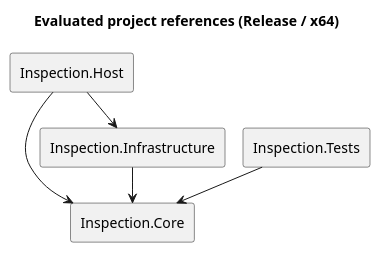
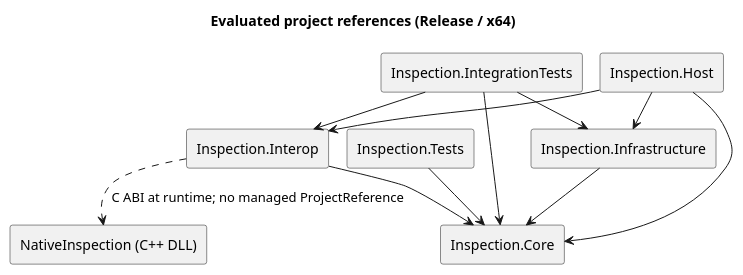
One commit to Myoungmin/CSharp-InspectionCore-Lab changed the diagram in docs/diagrams/dependencies.generated.puml. Above: the diagram before and after it, drawn with PlantUML. The commit also changed 52 other files, not shown here.

Commit message:
feat: add native inspection and continuous development workflow

```diff
--- a/docs/diagrams/dependencies.generated.puml
+++ b/docs/diagrams/dependencies.generated.puml
@@ -1,13 +1,22 @@
 @startuml
 !pragma layout smetana
 title Evaluated project references (Release / x64)
 skinparam componentStyle rectangle
 component "Inspection.Core" as Inspection_Core
 component "Inspection.Host" as Inspection_Host
 component "Inspection.Infrastructure" as Inspection_Infrastructure
+component "Inspection.IntegrationTests" as Inspection_IntegrationTests
+component "Inspection.Interop" as Inspection_Interop
 component "Inspection.Tests" as Inspection_Tests
 Inspection_Host --> Inspection_Core
 Inspection_Host --> Inspection_Infrastructure
+Inspection_Host --> Inspection_Interop
 Inspection_Infrastructure --> Inspection_Core
+Inspection_IntegrationTests --> Inspection_Core
+Inspection_IntegrationTests --> Inspection_Infrastructure
+Inspection_IntegrationTests --> Inspection_Interop
+Inspection_Interop --> Inspection_Core
 Inspection_Tests --> Inspection_Core
+component "NativeInspection (C++ DLL)" as NativeInspection
+Inspection_Interop ..> NativeInspection : C ABI at runtime; no managed ProjectReference
 @enduml
```
